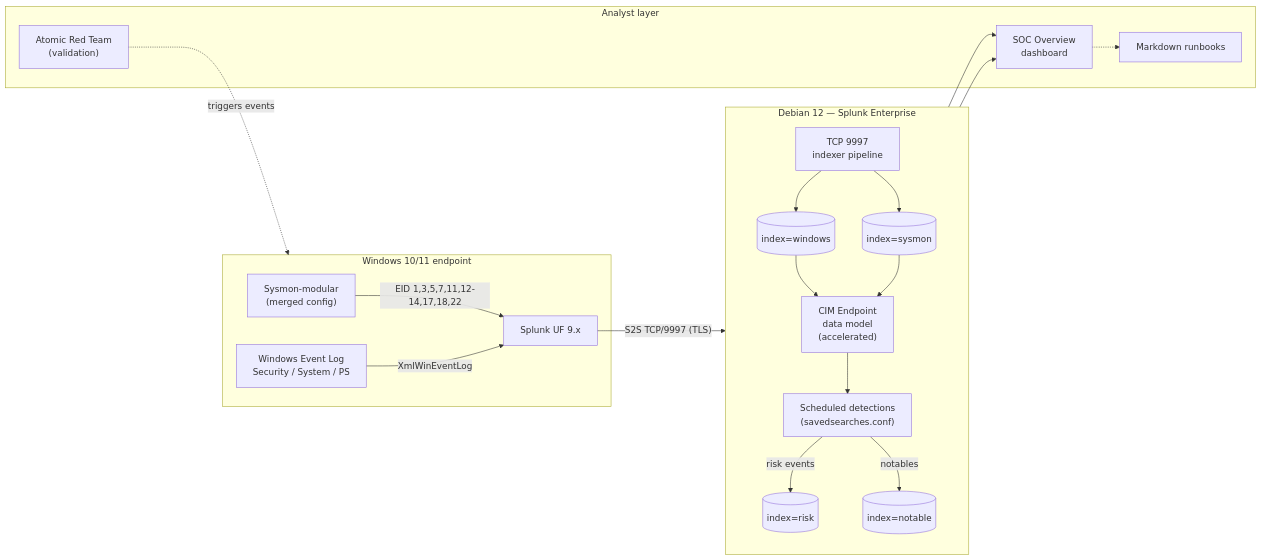
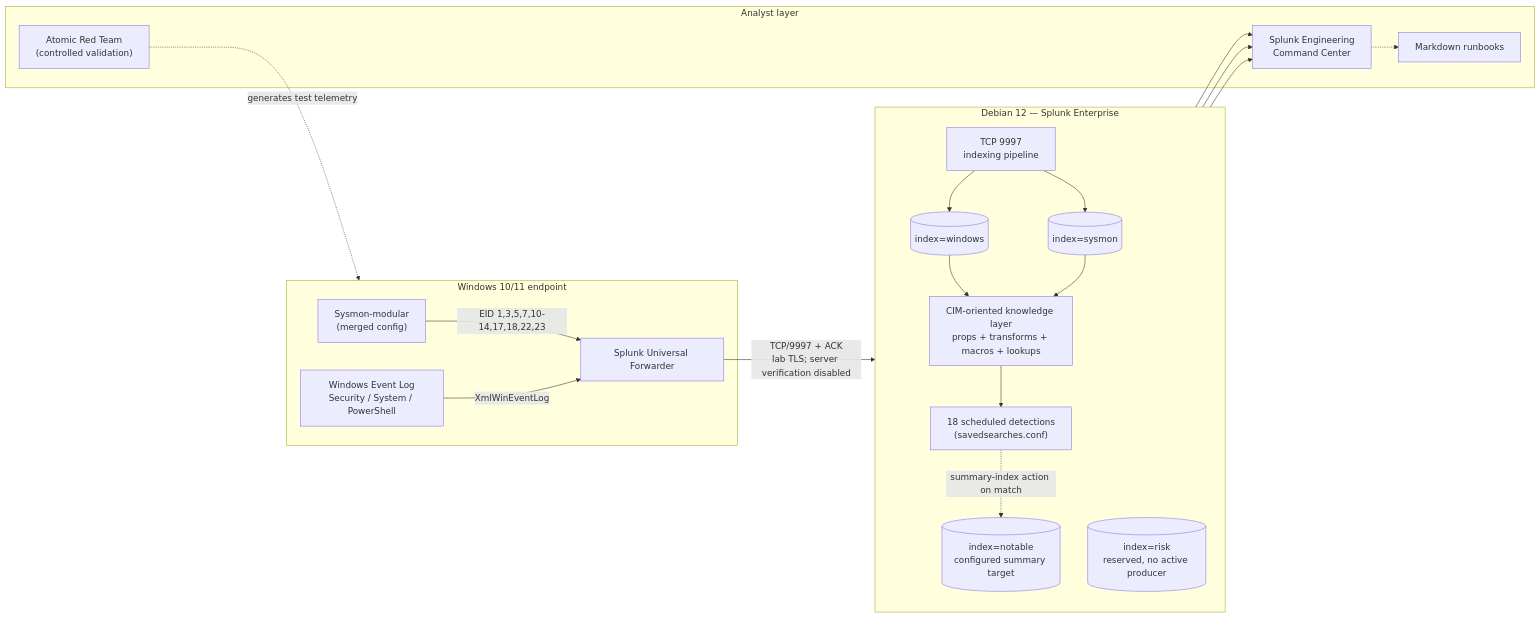
Before and after one commit to LordMonstey/splunk-detection-lab: the diagram in docs/architecture.md, drawn with Mermaid. The commit also changed other lines of this file and 69 other files, not shown here.

First line of the commit message:
Build secure Splunk engineering portfolio

````diff
--- a/docs/architecture.md
+++ b/docs/architecture.md
@@ -5,40 +5,42 @@
 ```mermaid
 flowchart LR
     subgraph WIN["Windows 10/11 endpoint"]
       SYSMON["Sysmon-modular<br/>(merged config)"]
-      EVTLOG["Windows Event Log<br/>Security / System / PS"]
-      UF["Splunk UF 9.x"]
-      SYSMON -->|EID 1,3,5,7,11,12-14,17,18,22| UF
+      EVTLOG["Windows Event Log<br/>Security / System / PowerShell"]
+      UF["Splunk Universal Forwarder"]
+      SYSMON -->|EID 1,3,5,7,10-14,17,18,22,23| UF
       EVTLOG -->|XmlWinEventLog| UF
     end
 
     subgraph SRV["Debian 12 — Splunk Enterprise"]
       direction TB
-      RECV["TCP 9997<br/>indexer pipeline"]
+      RECV["TCP 9997<br/>indexing pipeline"]
       IDX_WIN[("index=windows")]
       IDX_SYS[("index=sysmon")]
-      IDX_RISK[("index=risk")]
-      IDX_NOT[("index=notable")]
-      DM["CIM Endpoint<br/>data model<br/>(accelerated)"]
+      KNOW["CIM-oriented knowledge layer<br/>props + transforms + macros + lookups"]
+      SS["18 scheduled detections<br/>(savedsearches.conf)"]
+      IDX_NOT[("index=notable<br/>configured summary target")]
+      IDX_RISK[("index=risk<br/>reserved, no active producer")]
+
       RECV --> IDX_WIN
       RECV --> IDX_SYS
-      IDX_WIN --> DM
-      IDX_SYS --> DM
-      DM --> SS["Scheduled detections<br/>(savedsearches.conf)"]
-      SS -->|risk events| IDX_RISK
-      SS -->|notables| IDX_NOT
+      IDX_WIN --> KNOW
+      IDX_SYS --> KNOW
+      KNOW --> SS
+      SS -.->|"summary-index action on match"| IDX_NOT
     end
 
-    UF -- "S2S TCP/9997 (TLS)" --> RECV
+    UF -- "TCP/9997 + ACK<br/>lab TLS; server verification disabled" --> RECV
 
     subgraph SOC["Analyst layer"]
-      DASH["SOC Overview<br/>dashboard"]
+      DASH["Splunk Engineering<br/>Command Center"]
       RUN["Markdown runbooks"]
-      ATOMIC["Atomic Red Team<br/>(validation)"]
+      ATOMIC["Atomic Red Team<br/>(controlled validation)"]
     end
 
-    IDX_NOT --> DASH
-    IDX_RISK --> DASH
+    IDX_WIN --> DASH
+    IDX_SYS --> DASH
+    SS --> DASH
     DASH -.-> RUN
-    ATOMIC -.->|"triggers events"| WIN
+    ATOMIC -.->|"generates test telemetry"| WIN
 ```
````
